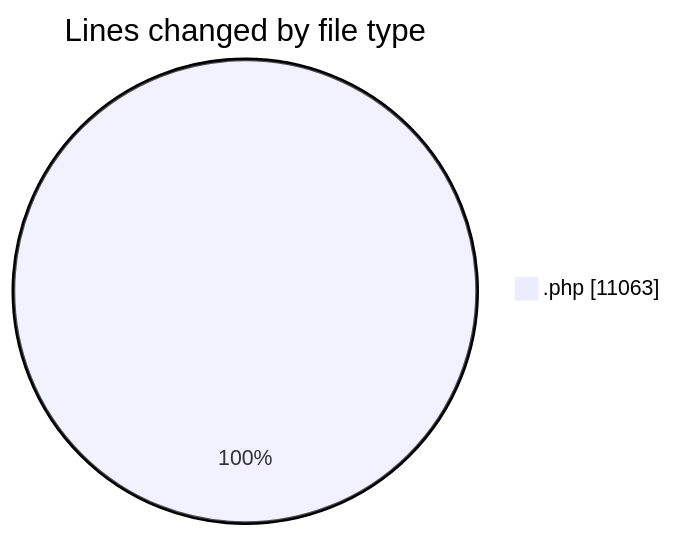
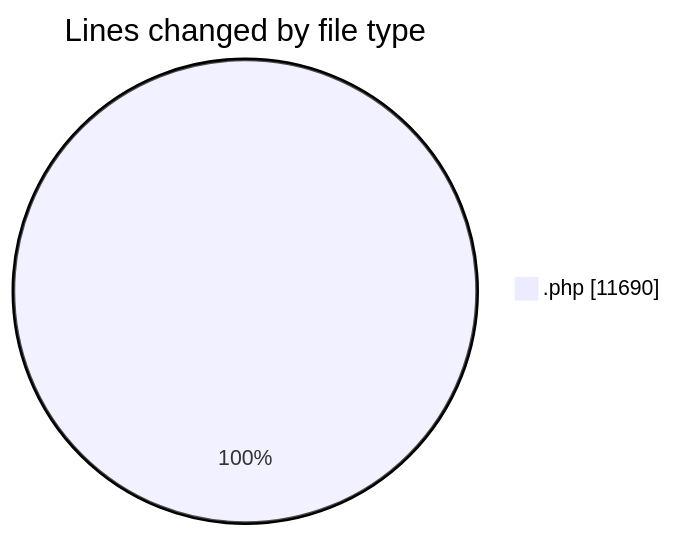
One commit to vahidmafi/code-tracking changed the first of 2 diagrams in 2025-07-21/shop/README.md. Above: the diagram before and after it, drawn with Mermaid. The commit also changed other lines of this file and 1 other file, not shown here.

````diff
--- a/2025-07-21/shop/README.md
+++ b/2025-07-21/shop/README.md
@@ -27,5 +28,5 @@
 ```mermaid
 pie showData
 title Lines changed by file type
-".php" : 11063
+".php" : 11690
 ```
````
